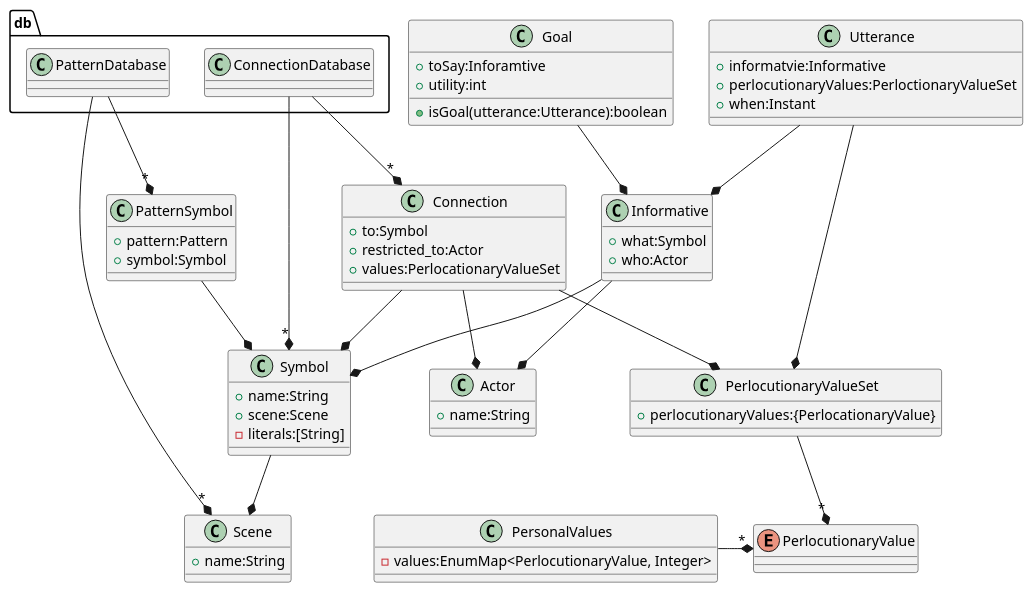
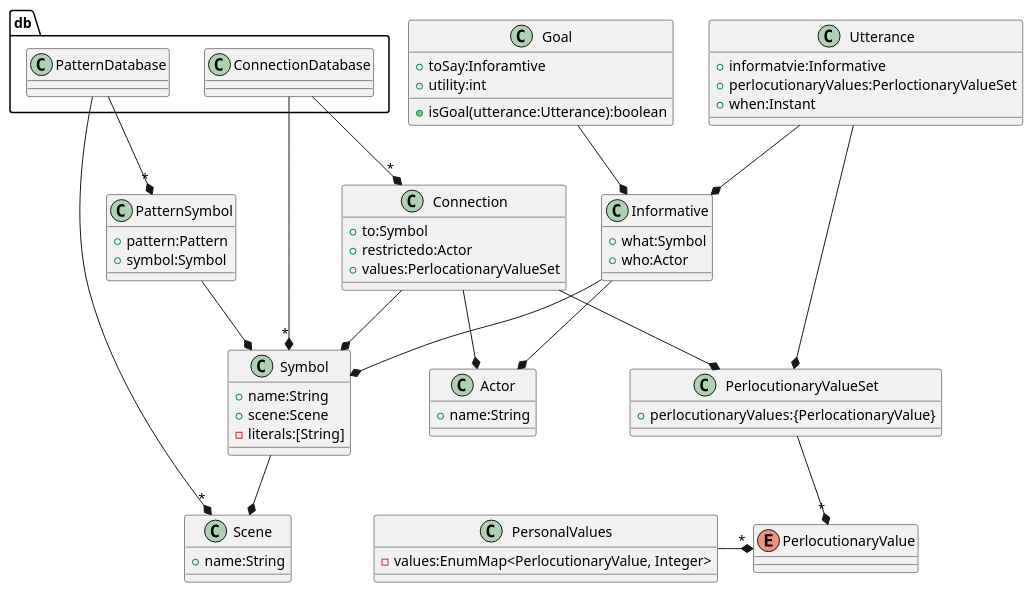
Before and after one commit to jappeace/methods-homework: the tenth of 26 diagrams in thesis/thesis.org, drawn with PlantUML. The commit also changed other lines of this file, not shown here.

```diff
--- a/thesis/thesis.org
+++ b/thesis/thesis.org
@@ -2879,67 +2880,67 @@
 #+BEGIN_SRC plantuml :cache yes :file img/uml/droolclass.png :exports results
   skinParam backgroundColor transparent
   enum PerlocutionaryValue
   class PerlocutionaryValueSet{
     +perlocutionaryValues:{PerlocationaryValue}
   }
   PerlocutionaryValueSet --* "*" PerlocutionaryValue
 
   package db{
     class ConnectionDatabase
     class PatternDatabase 
   }
   PatternDatabase --* "*" PatternSymbol
   PatternDatabase --* "*" Scene
   ConnectionDatabase --* "*" Symbol
   ConnectionDatabase --* "*" Connection
 
   class Actor {
     +name:String
   }
   class Connection {
     +to:Symbol
-    +restricted_to:Actor
+    +restrictedo:Actor
     +values:PerlocationaryValueSet
   }
   Connection --* Symbol
   Connection --* Actor
   Connection --* PerlocutionaryValueSet
   class Goal{
     +toSay:Inforamtive
     +utility:int
     +isGoal(utterance:Utterance):boolean
   }
   Goal --* Informative
   class Informative{
      +what:Symbol
      +who:Actor
   }
   Informative --* Actor
   Informative --* Symbol
   class PatternSymbol{
      +pattern:Pattern
      +symbol:Symbol
   }
   PatternSymbol --* Symbol
   class PersonalValues{
      -values:EnumMap<PerlocutionaryValue, Integer>
   }
   PersonalValues -* "*" PerlocutionaryValue
   class Scene {
     +name:String
   }
   class Symbol {
     +name:String
     +scene:Scene
     -literals:[String]
   }
   Symbol --* Scene
   class Utterance{
     +informatvie:Informative
     +perlocutionaryValues:PerloctionaryValueSet
     +when:Instant
   }
   Utterance --* PerlocutionaryValueSet
   Utterance --* Informative
   PerlocutionaryValueSet -[hidden]-> PersonalValues
 #+END_SRC
```
